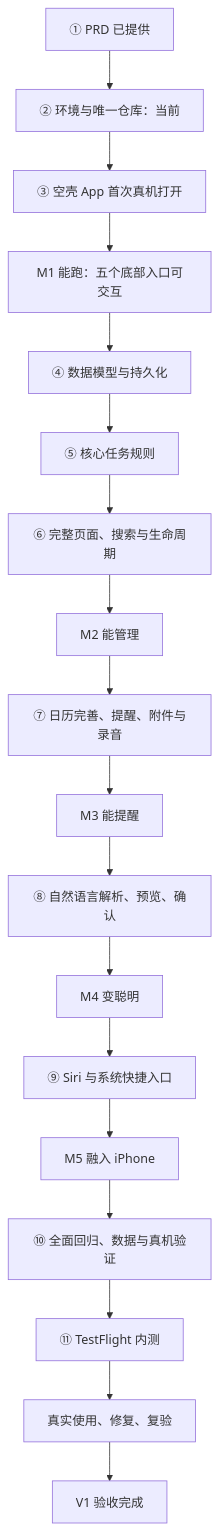
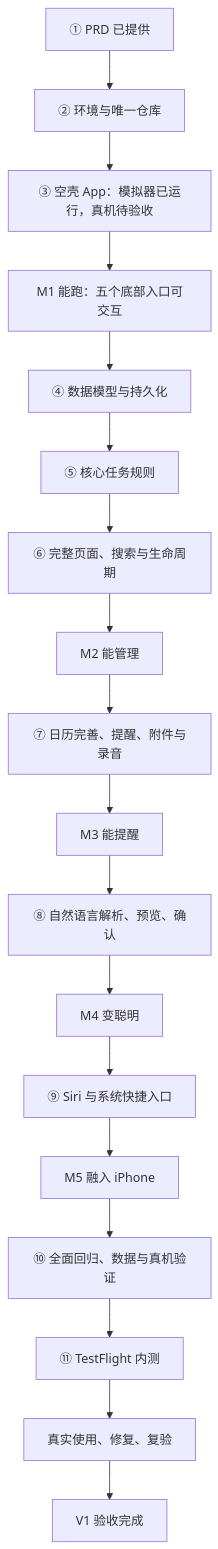
The diagram in docs/次第_V1_开发路线.md (weizheIP/manager), drawn with Mermaid before and after one commit. The commit also changed other lines of this file and 7 other files, not shown here.

````diff
--- a/docs/次第_V1_开发路线.md
+++ b/docs/次第_V1_开发路线.md
@@ -25,20 +35,20 @@
 ```mermaid
 flowchart TD
-    A[① PRD 已提供] --> B[② 环境与唯一仓库：当前]
-    B --> C[③ 空壳 App 首次真机打开]
+    A[① PRD 已提供] --> B[② 环境与唯一仓库]
+    B --> C[③ 空壳 App：模拟器已运行，真机待验收]
     C --> C1[M1 能跑：五个底部入口可交互]
     C1 --> D[④ 数据模型与持久化]
     D --> E[⑤ 核心任务规则]
     E --> F[⑥ 完整页面、搜索与生命周期]
     F --> M2[M2 能管理]
     M2 --> G[⑦ 日历完善、提醒、附件与录音]
     G --> M3[M3 能提醒]
     M3 --> H[⑧ 自然语言解析、预览、确认]
     H --> M4[M4 变聪明]
     M4 --> I[⑨ Siri 与系统快捷入口]
     I --> M5[M5 融入 iPhone]
     M5 --> J[⑩ 全面回归、数据与真机验证]
     J --> K[⑪ TestFlight 内测]
     K --> L[真实使用、修复、复验]
     L --> V[V1 验收完成]
 ```
````
